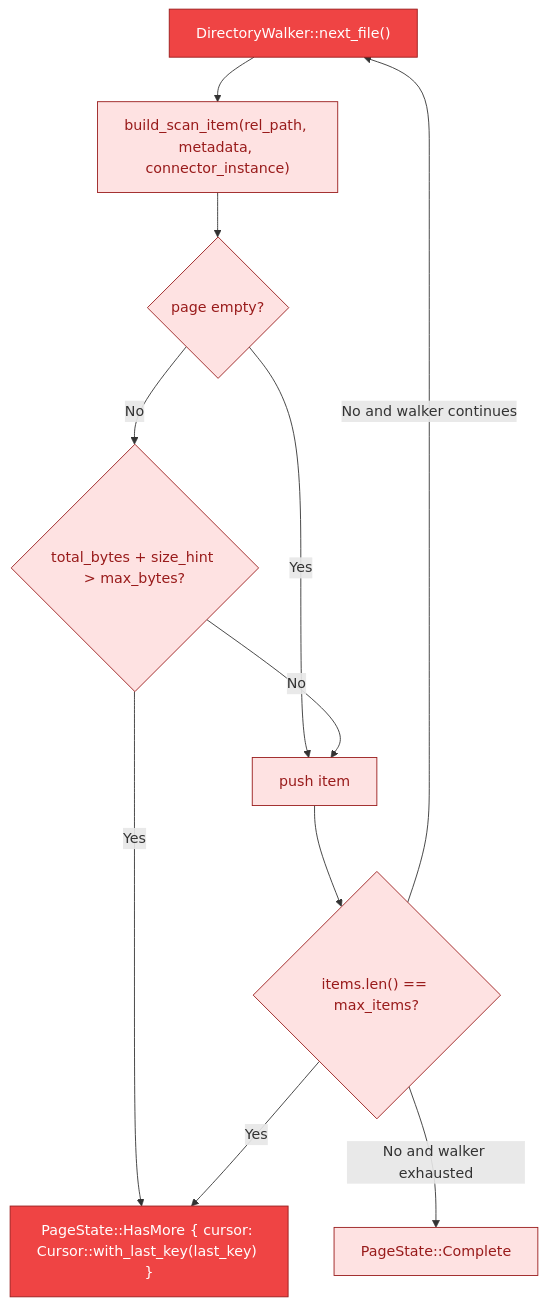
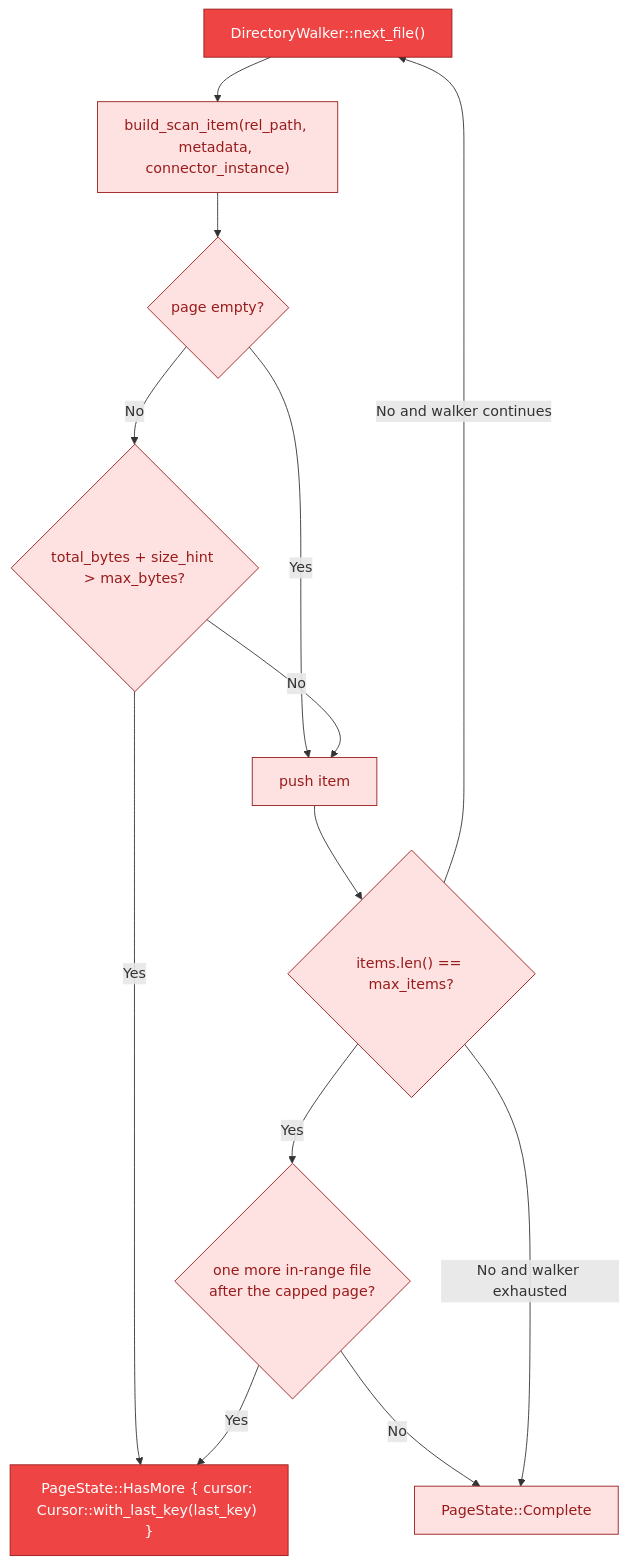
Before and after one commit to ahrav/Gossip-rs: the fourth of 5 diagrams in diagrams/17-filesystem-walk-state-machine.md, drawn with Mermaid.

Commit message:
docs-and-diagrams-audit-connectors-sim

````diff
--- a/diagrams/17-filesystem-walk-state-machine.md
+++ b/diagrams/17-filesystem-walk-state-machine.md
@@ -170,31 +170,35 @@
 ```mermaid
 %% Diagram: budgeted-page-assembly
 flowchart TD
     WALK["DirectoryWalker::next_file()"]
     ITEM["build_scan_item(rel_path, metadata, connector_instance)"]
     FIRST{"page empty?"}
     BYTES{"total_bytes + size_hint > max_bytes?"}
     COUNT{"items.len() == max_items?"}
+    PEEK{"one more in-range file<br/>after the capped page?"}
     PUSH["push item"]
     MORE["PageState::HasMore { cursor: Cursor::with_last_key(last_key) }"]
     COMPLETE["PageState::Complete"]
 
     WALK --> ITEM --> FIRST
     FIRST -->|"Yes"| PUSH
     FIRST -->|"No"| BYTES
     BYTES -->|"Yes"| MORE
     BYTES -->|"No"| PUSH
     PUSH --> COUNT
-    COUNT -->|"Yes"| MORE
+    COUNT -->|"Yes"| PEEK
+    PEEK -->|"Yes"| MORE
+    PEEK -->|"No"| COMPLETE
     COUNT -->|"No and walker exhausted"| COMPLETE
     COUNT -->|"No and walker continues"| WALK
 
     style WALK fill:#EF4444,stroke:#991B1B,color:#FFFFFF
     style ITEM fill:#FEE2E2,stroke:#991B1B,color:#991B1B
     style FIRST fill:#FEE2E2,stroke:#991B1B,color:#991B1B
     style BYTES fill:#FEE2E2,stroke:#991B1B,color:#991B1B
     style COUNT fill:#FEE2E2,stroke:#991B1B,color:#991B1B
+    style PEEK fill:#FEE2E2,stroke:#991B1B,color:#991B1B
     style PUSH fill:#FEE2E2,stroke:#991B1B,color:#991B1B
     style MORE fill:#EF4444,stroke:#991B1B,color:#FFFFFF
     style COMPLETE fill:#FEE2E2,stroke:#991B1B,color:#991B1B
 ```
````
